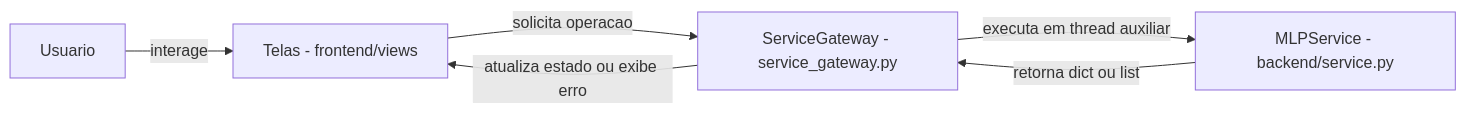
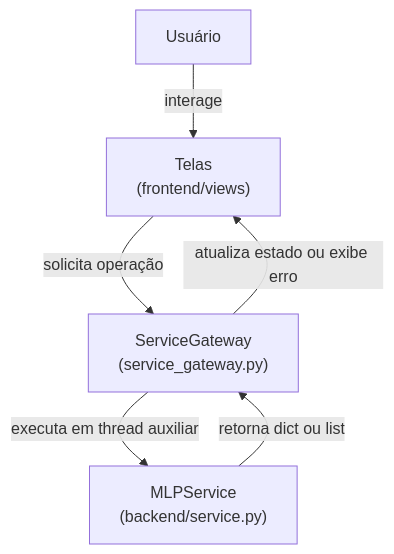
The diagram in README.md (LuanVitorCD/construtor_rna_mlp), drawn with Mermaid before and after one commit. The commit also changed other lines of this file, not shown here.

Commit message:
docs: update README with improve flowchart and details

````diff
--- a/README.md
+++ b/README.md
@@ -118,8 +118,8 @@
 ```mermaid
-flowchart LR
-    U[Usuario] -->|interage| V[Telas - frontend/views]
-    V -->|solicita operacao| G[ServiceGateway - service_gateway.py]
-    G -->|executa em thread auxiliar| S[MLPService - backend/service.py]
-    S -->|retorna dict ou list| G
-    G -->|atualiza estado ou exibe erro| V
+flowchart TB
+    U["Usuário"] -->|"interage"| V["Telas<br/>(frontend/views)"]
+    V -->|"solicita operação"| G["ServiceGateway<br/>(service_gateway.py)"]
+    G -->|"atualiza estado ou exibe erro"| V
+    G -->|"executa em thread auxiliar"| S["MLPService<br/>(backend/service.py)"]
+    S -->|"retorna dict ou list"| G
 ```
````
